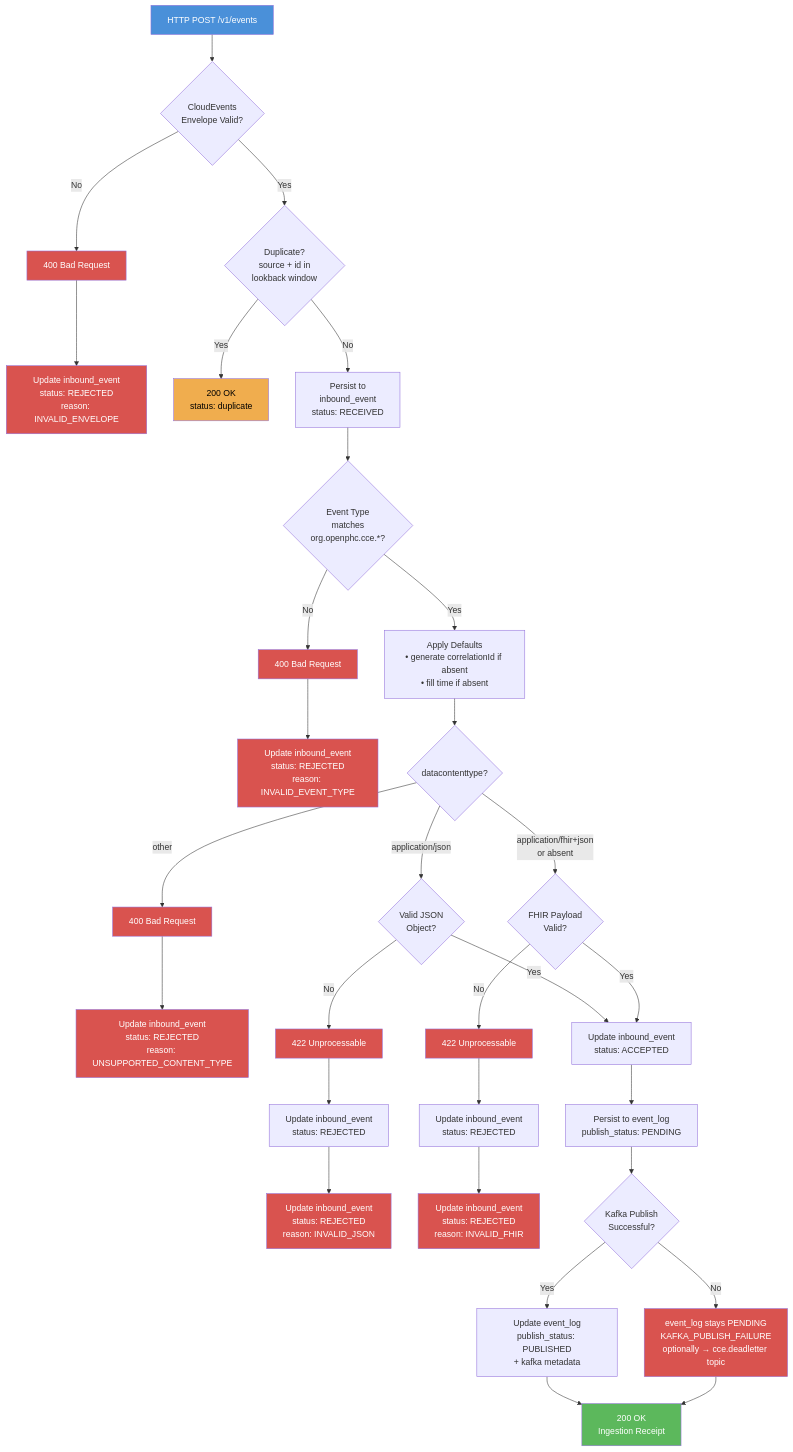
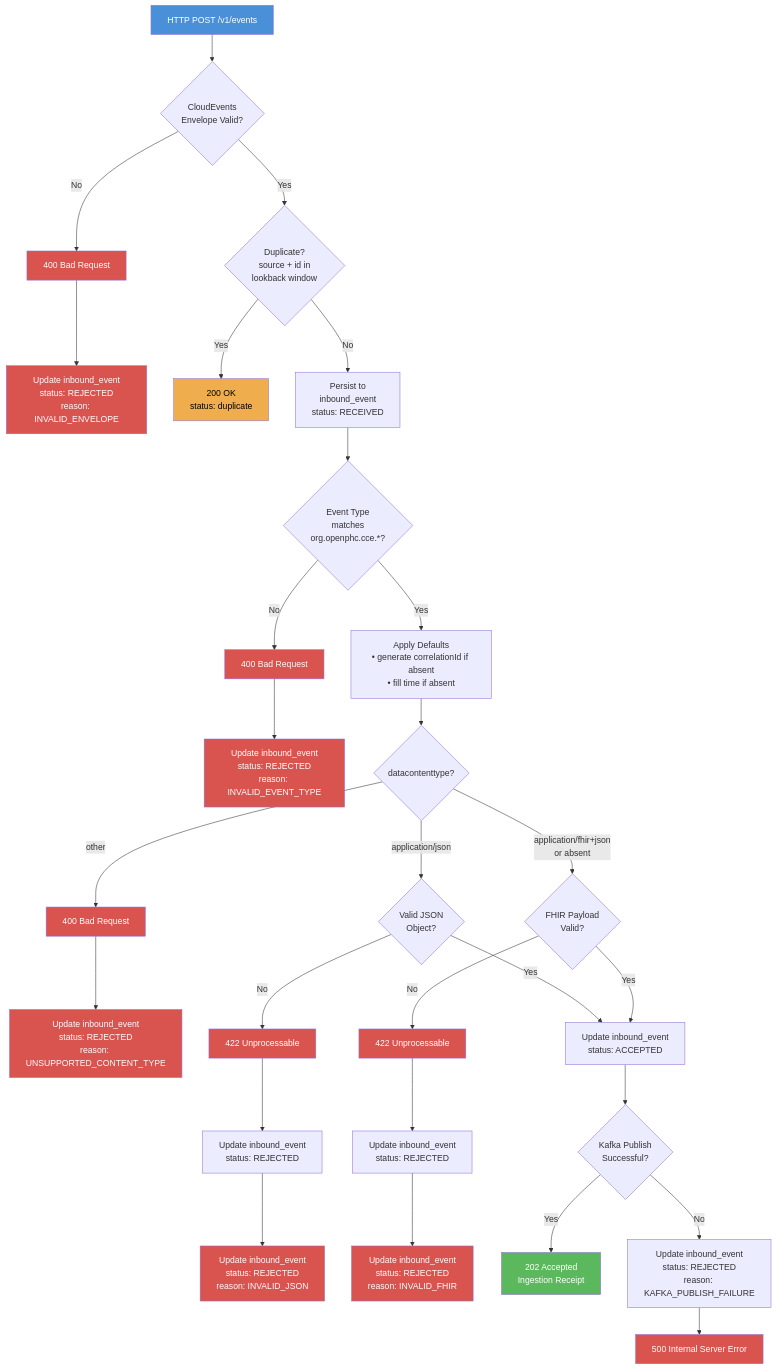
The first of 7 diagrams in docs/flow-diagrams.md (Jayaprakash8887/cce-collector-service), drawn with Mermaid before and after one commit. The commit also changed other lines of this file and 6 other files, not shown here.

````diff
--- a/docs/flow-diagrams.md
+++ b/docs/flow-diagrams.md
@@ -9,47 +9,45 @@
 ```mermaid
 flowchart TD
     A[HTTP POST /v1/events] --> B{CloudEvents<br/>Envelope Valid?}
     B -->|No| C[400 Bad Request]
     C --> C1[Update inbound_event<br/>status: REJECTED<br/>reason: INVALID_ENVELOPE]
     B -->|Yes| D{Duplicate?<br/>source + id in<br/>lookback window}
     D -->|Yes| E[200 OK<br/>status: duplicate]
     D -->|No| F[Persist to<br/>inbound_event<br/>status: RECEIVED]
     F --> G1{Event Type<br/>matches<br/>org.openphc.cce.*?}
     G1 -->|No| G1a[400 Bad Request]
     G1a --> G1b[Update inbound_event<br/>status: REJECTED<br/>reason: INVALID_EVENT_TYPE]
     G1 -->|Yes| G2[Apply Defaults<br/>• generate correlationId if absent<br/>• fill time if absent]
     G2 --> H0{datacontenttype?}
     H0 -->|application/fhir+json<br/>or absent| H{FHIR Payload<br/>Valid?}
     H0 -->|application/json| H3{Valid JSON<br/>Object?}
     H0 -->|other| H4[400 Bad Request]
     H4 --> H4a[Update inbound_event<br/>status: REJECTED<br/>reason: UNSUPPORTED_CONTENT_TYPE]
     H3 -->|No| H3a[422 Unprocessable]
     H3a --> H3b[Update inbound_event<br/>status: REJECTED]
     H3b --> H3c[Update inbound_event<br/>status: REJECTED<br/>reason: INVALID_JSON]
     H3 -->|Yes| J[Update inbound_event<br/>status: ACCEPTED]
     H -->|No| I[422 Unprocessable]
     I --> I1[Update inbound_event<br/>status: REJECTED]
     I1 --> I2[Update inbound_event<br/>status: REJECTED<br/>reason: INVALID_FHIR]
     H -->|Yes| J[Update inbound_event<br/>status: ACCEPTED]
-    J --> K[Persist to event_log<br/>publish_status: PENDING]
-    K --> L{Kafka Publish<br/>Successful?}
-    L -->|Yes| M[Update event_log<br/>publish_status: PUBLISHED<br/>+ kafka metadata]
-    L -->|No| N[event_log stays PENDING<br/>KAFKA_PUBLISH_FAILURE<br/>optionally → cce.deadletter topic]
-    M --> O[200 OK<br/>Ingestion Receipt]
-    N --> O
+    J --> K{Kafka Publish<br/>Successful?}
+    K -->|Yes| L[202 Accepted<br/>Ingestion Receipt]
+    K -->|No| M[Update inbound_event<br/>status: REJECTED<br/>reason: KAFKA_PUBLISH_FAILURE]
+    M --> N[500 Internal Server Error]
 
     style A fill:#4a90d9,color:#fff
     style E fill:#f0ad4e,color:#000
-    style O fill:#5cb85c,color:#fff
+    style L fill:#5cb85c,color:#fff
     style C fill:#d9534f,color:#fff
     style I fill:#d9534f,color:#fff
     style C1 fill:#d9534f,color:#fff
     style I2 fill:#d9534f,color:#fff
     style N fill:#d9534f,color:#fff
     style G1a fill:#d9534f,color:#fff
     style G1b fill:#d9534f,color:#fff
     style H4 fill:#d9534f,color:#fff
     style H4a fill:#d9534f,color:#fff
     style H3a fill:#d9534f,color:#fff
     style H3c fill:#d9534f,color:#fff
 ```
````
